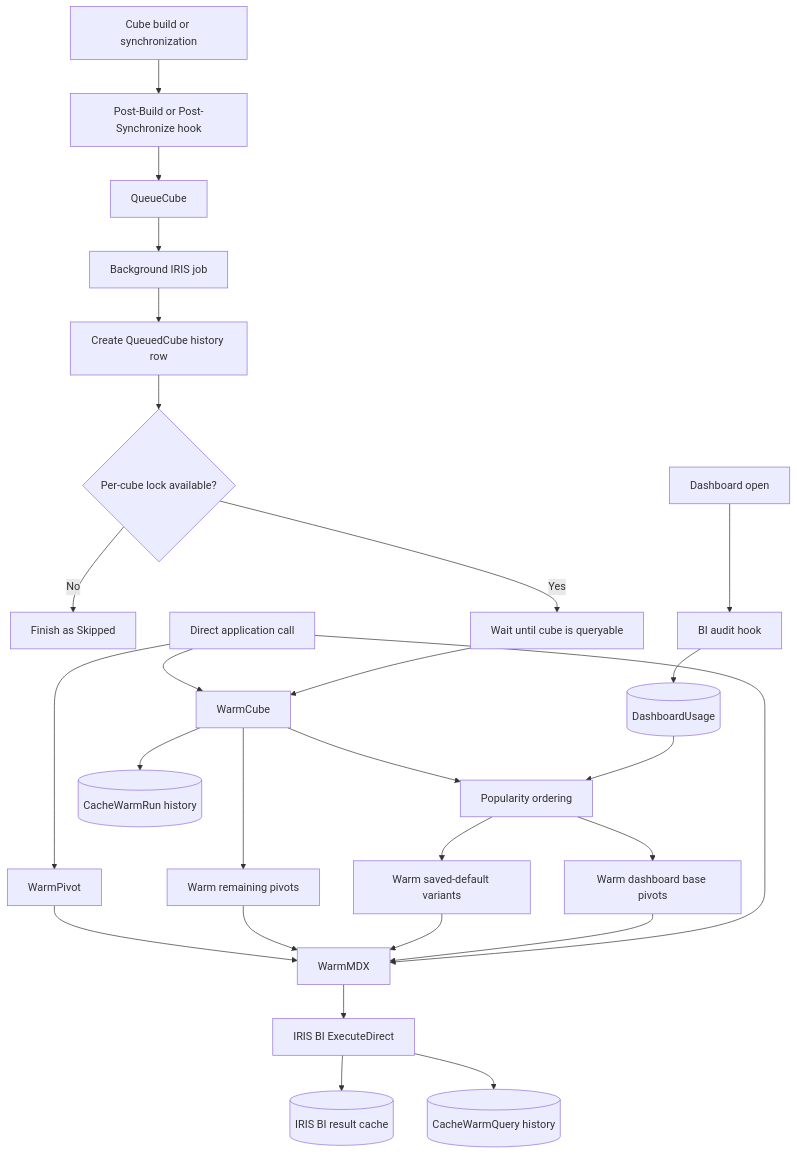
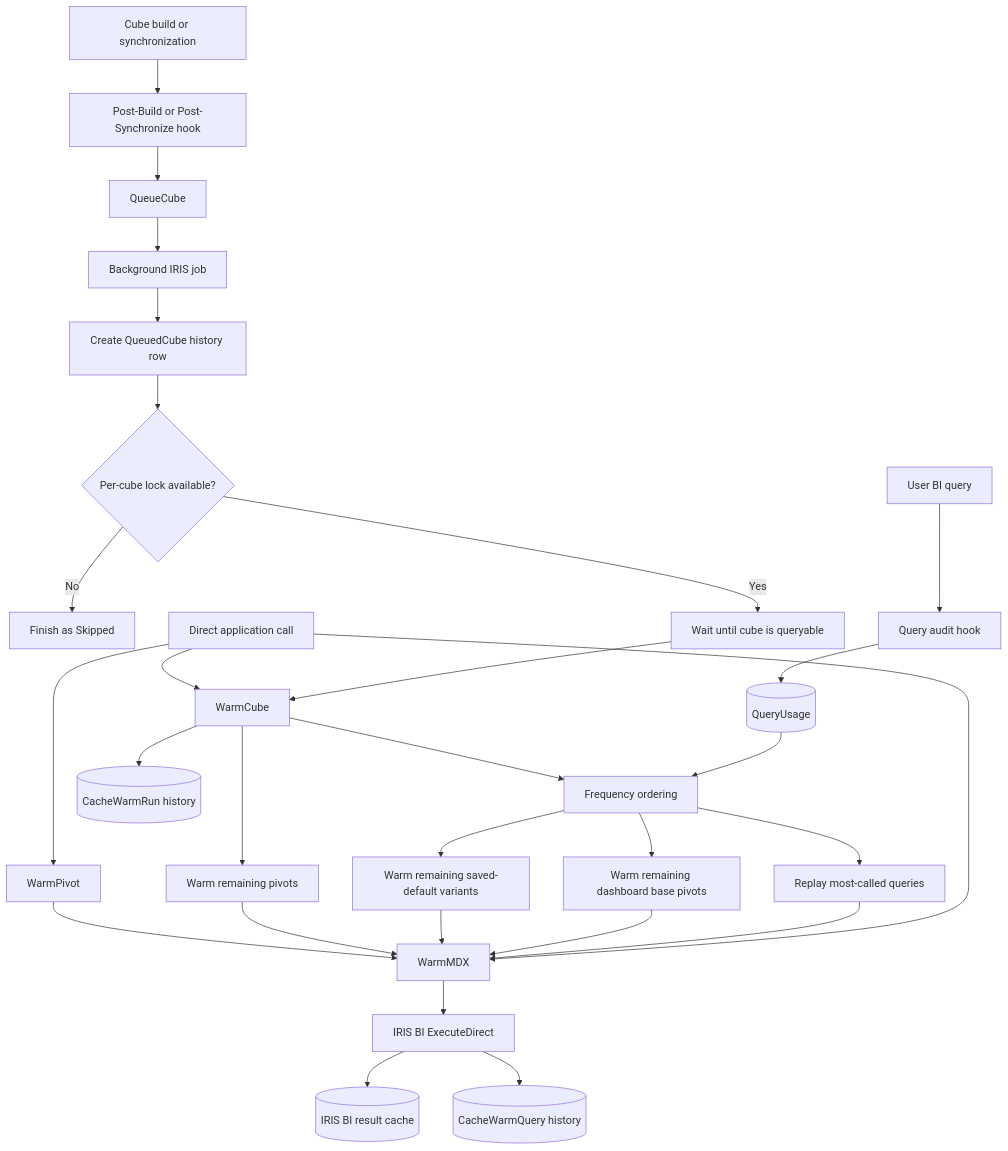
One commit to josaliba/deepsee-cube-cache-warmer changed the diagram in docs/architecture.md. Above: the diagram before and after it, drawn with Mermaid. The commit also changed other lines of this file and 12 other files, not shown here.

Commit message:
Order cache warming by true query frequency

````diff
--- a/docs/architecture.md
+++ b/docs/architecture.md
@@ -8,32 +8,33 @@
 ```mermaid
 flowchart TD
     A[Cube build or synchronization] --> B[Post-Build or Post-Synchronize hook]
     B --> C[QueueCube]
     C --> D[Background IRIS job]
     D --> E[Create QueuedCube history row]
     E --> F{Per-cube lock available?}
     F -- No --> G[Finish as Skipped]
     F -- Yes --> H[Wait until cube is queryable]
     H --> I[WarmCube]
 
     J[Direct application call] --> I
     J --> K[WarmPivot]
     J --> L[WarmMDX]
 
-    M[Dashboard open] --> N[BI audit hook]
-    N --> O[(DashboardUsage)]
-    O --> P[Popularity ordering]
-
+    M[User BI query] --> N[Query audit hook]
+    N --> O[(QueryUsage)]
+    O --> P[Frequency ordering]
     I --> P
-    P --> Q[Warm dashboard base pivots]
-    P --> R[Warm saved-default variants]
+    P --> X[Replay most-called queries]
+    P --> Q[Warm remaining dashboard base pivots]
+    P --> R[Warm remaining saved-default variants]
     I --> S[Warm remaining pivots]
+    X --> L
     Q --> L
     R --> L
     S --> L
     K --> L
     L --> T[IRIS BI ExecuteDirect]
     T --> U[(IRIS BI result cache)]
     T --> V[(CacheWarmQuery history)]
     I --> W[(CacheWarmRun history)]
 ```
````
